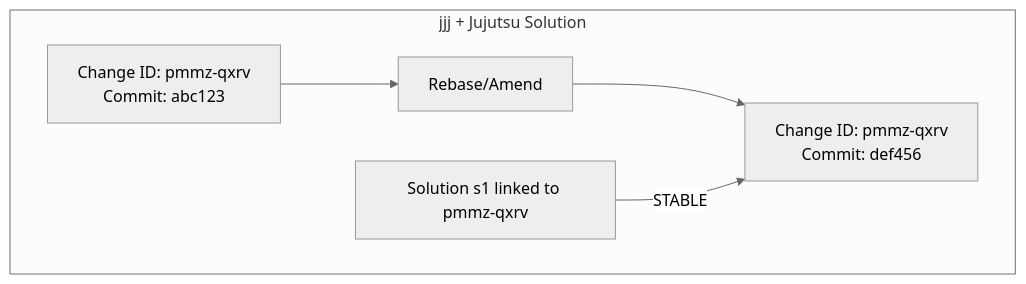
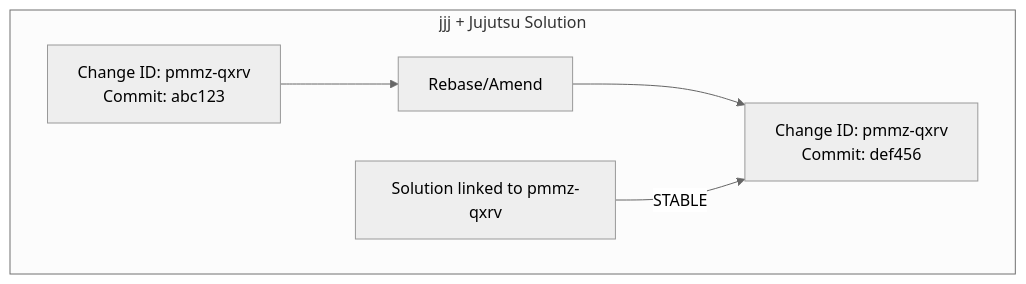
Before and after one commit to doug/jjj: the second of 2 diagrams in docs/architecture/change-tracking.md, drawn with Mermaid (neutral theme). The commit also changed other lines of this file and 46 other files, not shown here.

````diff
--- a/docs/architecture/change-tracking.md
+++ b/docs/architecture/change-tracking.md
@@ -27,8 +27,8 @@
 ```mermaid
 graph TD
     subgraph "jjj + Jujutsu Solution"
         A[Change ID: pmmz-qxrv<br/>Commit: abc123] --> B[Rebase/Amend]
         B --> C[Change ID: pmmz-qxrv<br/>Commit: def456]
-        D[Solution s1 linked to pmmz-qxrv] -->|STABLE| C
+        D[Solution linked to pmmz-qxrv] -->|STABLE| C
     end
 ```
````
